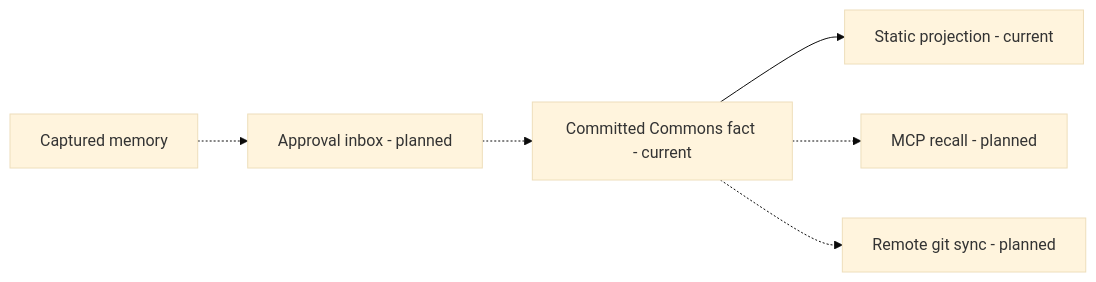
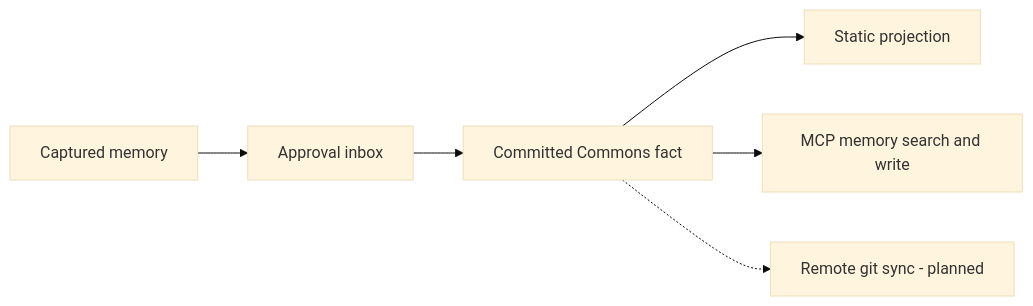
The fourth of 4 diagrams in docs/system-design/commons-and-projections.md (npyrz/Cuesheet), drawn with Mermaid (base theme) before and after one commit. The commit also changed other lines of this file and 19 other files, not shown here.

First line of the commit message:
Add Commons MCP recall and connectors

````diff
--- a/docs/system-design/commons-and-projections.md
+++ b/docs/system-design/commons-and-projections.md
@@ -82,15 +85,15 @@
 ```mermaid
 flowchart LR
     Capture[Captured memory]
-    Inbox[Approval inbox - planned]
-    Store[Committed Commons fact - current]
-    Static[Static projection - current]
-    Recall[MCP recall - planned]
+    Inbox[Approval inbox]
+    Store[Committed Commons fact]
+    Static[Static projection]
+    Recall[MCP memory search and write]
     Sync[Remote git sync - planned]
 
-    Capture -.-> Inbox
-    Inbox -.-> Store
+    Capture --> Inbox
+    Inbox --> Store
     Store --> Static
-    Store -.-> Recall
+    Store --> Recall
     Store -.-> Sync
 ```
````
